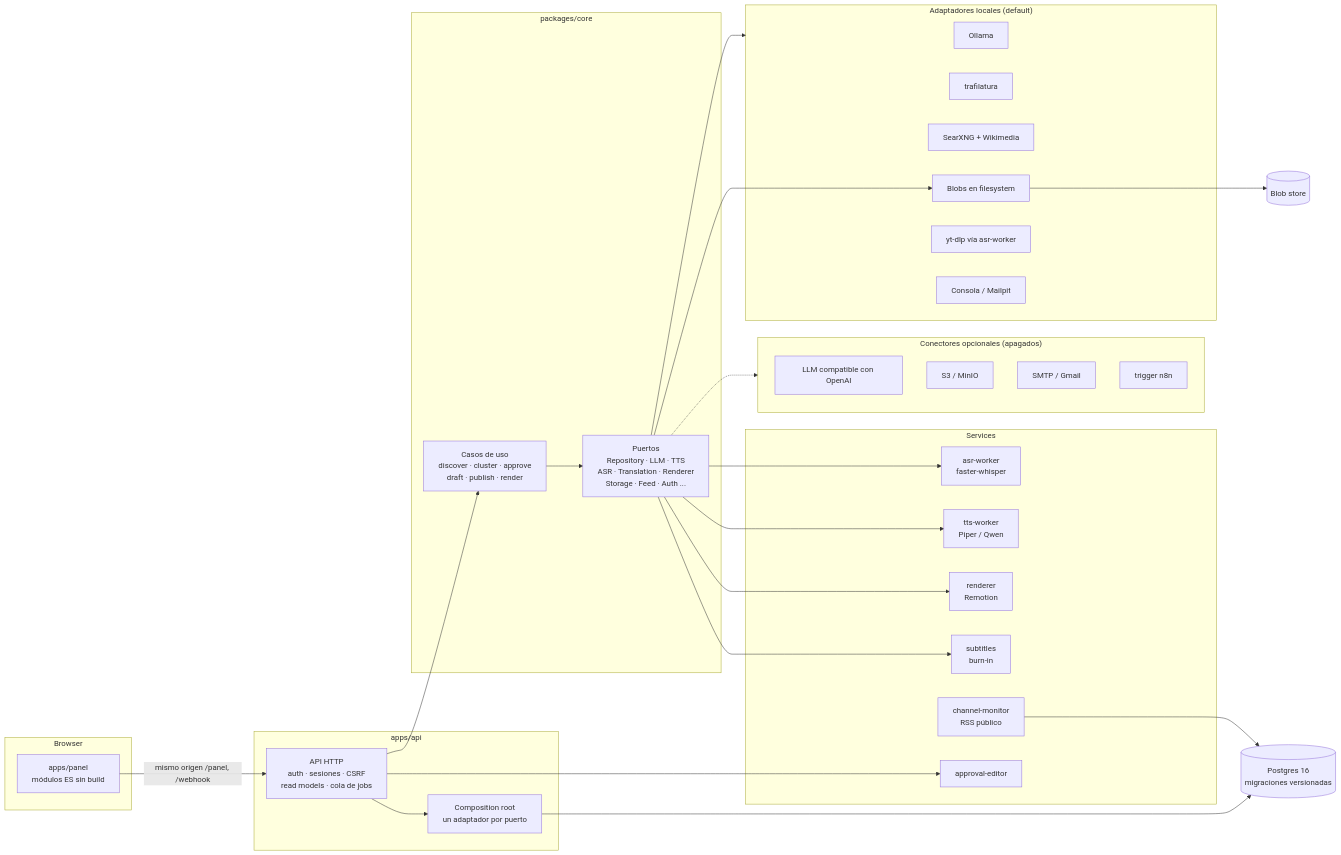
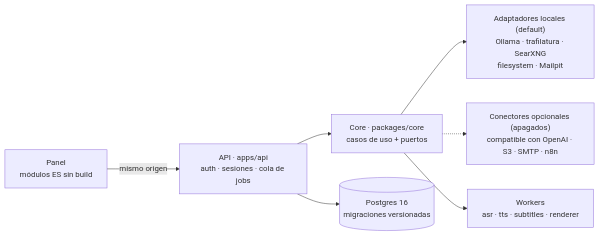
One commit to Eduardo12Pacheco/automatizacion-video-noticias changed the diagram in README.es.md. Above: the diagram before and after it, drawn with Mermaid. The commit also changed other lines of this file and 5 other files, not shown here.

````diff
--- a/README.es.md
+++ b/README.es.md
@@ -71,60 +77,9 @@
 ```mermaid
 flowchart LR
-    subgraph Browser
-        Panel["apps/panel<br/>módulos ES sin build"]
-    end
-
-    subgraph API["apps/api"]
-        HTTP["API HTTP<br/>auth · sesiones · CSRF<br/>read models · cola de jobs"]
-        Composition["Composition root<br/>un adaptador por puerto"]
-    end
-
-    subgraph Core["packages/core"]
-        UC["Casos de uso<br/>discover · cluster · approve<br/>draft · publish · render"]
-        Ports["Puertos<br/>Repository · LLM · TTS<br/>ASR · Translation · Renderer<br/>Storage · Feed · Auth ..."]
-    end
-
-    subgraph Local["Adaptadores locales (default)"]
-        Ollama["Ollama"]
-        Extract["trafilatura"]
-        Search["SearXNG + Wikimedia"]
-        FS["Blobs en filesystem"]
-        YtDlp["yt-dlp vía asr-worker"]
-        MT["Consola / Mailpit"]
-    end
-
-    subgraph Optional["Conectores opcionales (apagados)"]
-        OpenAI["LLM compatible con OpenAI"]
-        S3["S3 / MinIO"]
-        SMTP["SMTP / Gmail"]
-        N8N["trigger n8n"]
-    end
-
-    subgraph Services
-        ASR["asr-worker<br/>faster-whisper"]
-        TTS["tts-worker<br/>Piper / Qwen"]
-        Render["renderer<br/>Remotion"]
-        Sub["subtitles<br/>burn-in"]
-        Monitor["channel-monitor<br/>RSS público"]
-        Editor["approval-editor"]
-    end
-
-    DB[("Postgres 16<br/>migraciones versionadas")]
-    Blobs[("Blob store")]
-
-    Panel -->|"mismo origen /panel, /webhook"| HTTP
-    HTTP --> Composition
-    HTTP --> UC
-    UC --> Ports
-    Ports --> Local
-    Ports -.-> Optional
-    Composition --> DB
-    Ports --> FS
-    FS --> Blobs
-    Ports --> ASR
-    Ports --> TTS
-    Ports --> Sub
-    Ports --> Render
-    HTTP --> Editor
-    Monitor --> DB
+    Panel["Panel<br/>módulos ES sin build"] -->|"mismo origen"| API["API · apps/api<br/>auth · sesiones · cola de jobs"]
+    API --> Core["Core · packages/core<br/>casos de uso + puertos"]
+    API --> DB[("Postgres 16<br/>migraciones versionadas")]
+    Core --> Local["Adaptadores locales (default)<br/>Ollama · trafilatura · SearXNG<br/>filesystem · Mailpit"]
+    Core -.-> Optional["Conectores opcionales (apagados)<br/>compatible con OpenAI · S3 · SMTP · n8n"]
+    Core --> Workers["Workers<br/>asr · tts · subtitles · renderer"]
 ```
````
